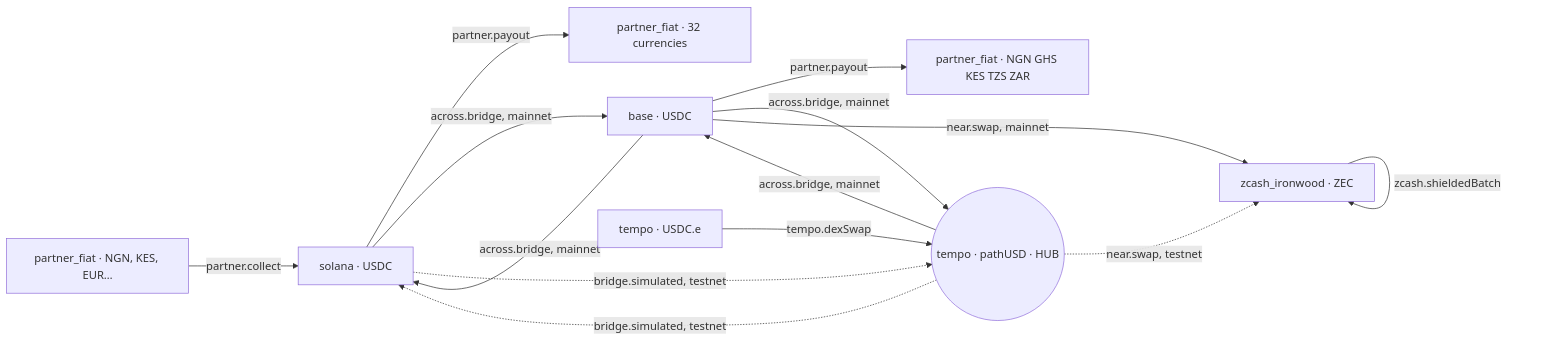
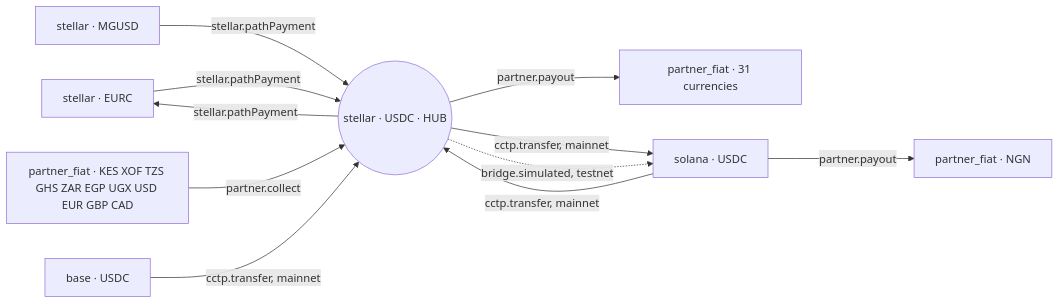
Before and after one commit to Udoka-AM/corridorHub: the diagram in apps/docs/architecture/routing.mdx, drawn with Mermaid. The commit also changed other lines of this file and 10 other files, not shown here.

Commit message:
Rewrite the architecture pages for Stellar

````diff
--- a/apps/docs/architecture/routing.mdx
+++ b/apps/docs/architecture/routing.mdx
@@ -13,16 +13,13 @@
 ```mermaid
 flowchart LR
-  F["partner_fiat · NGN, KES, EUR…"] -->|partner.collect| SOL["solana · USDC"]
-  SOL -->|partner.payout| F2["partner_fiat · 32 currencies"]
-  BASE["base · USDC"] -->|partner.payout| F3["partner_fiat · NGN GHS KES TZS ZAR"]
-  TUE["tempo · USDC.e"] -->|tempo.dexSwap| HUB(("tempo · pathUSD · HUB"))
-  HUB -->|across.bridge, mainnet| BASE
-  BASE -->|across.bridge, mainnet| SOL
-  SOL -->|across.bridge, mainnet| BASE
-  BASE -->|across.bridge, mainnet| HUB
+  EURC["stellar · EURC"] -->|stellar.pathPayment| HUB(("stellar · USDC · HUB"))
+  MGUSD["stellar · MGUSD"] -->|stellar.pathPayment| HUB
+  HUB -->|stellar.pathPayment| EURC
+  F["partner_fiat · KES XOF TZS GHS ZAR EGP UGX USD EUR GBP CAD"] -->|partner.collect| HUB
+  HUB -->|partner.payout| F2["partner_fiat · 31 currencies"]
+  BASE["base · USDC"] -->|cctp.transfer, mainnet| HUB
+  SOL["solana · USDC"] -->|cctp.transfer, mainnet| HUB
+  HUB -->|cctp.transfer, mainnet| SOL
   HUB -.->|bridge.simulated, testnet| SOL
-  SOL -.->|bridge.simulated, testnet| HUB
-  BASE -->|near.swap, mainnet| Z["zcash_ironwood · ZEC"]
-  HUB -.->|near.swap, testnet| Z
-  Z -->|zcash.shieldedBatch| Z
+  SOL -->|partner.payout| NGN["partner_fiat · NGN"]
 ```
````
